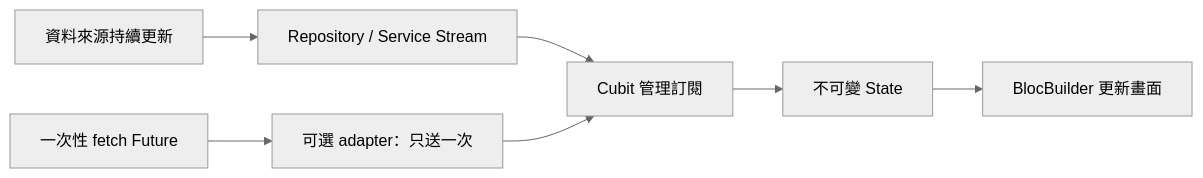
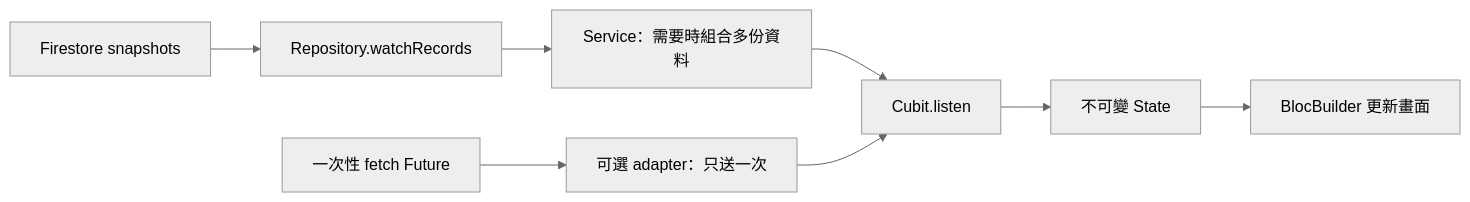
The diagram in docs/knowledge-base/cubit-stream-subscription.md (e2755699/yellow_ribbon_study_growing_system), drawn with Mermaid (neutral theme) before and after one commit. The commit also changed other lines of this file and 3 other files, not shown here.

Commit message:
docs: explain the complete realtime subscription architecture

````diff
--- a/docs/knowledge-base/cubit-stream-subscription.md
+++ b/docs/knowledge-base/cubit-stream-subscription.md
@@ -11,9 +11,10 @@
 ```mermaid
 flowchart LR
-  DB[資料來源持續更新] --> R[Repository / Service Stream]
-  R --> C[Cubit 管理訂閱]
+  DB[Firestore snapshots] --> R[Repository.watchRecords]
+  R --> V[Service：需要時組合多份資料]
+  V --> C[Cubit.listen]
   C --> S[不可變 State]
   S --> UI[BlocBuilder 更新畫面]
   F[一次性 fetch Future] --> A[可選 adapter：只送一次]
   A --> C
 ```
````
